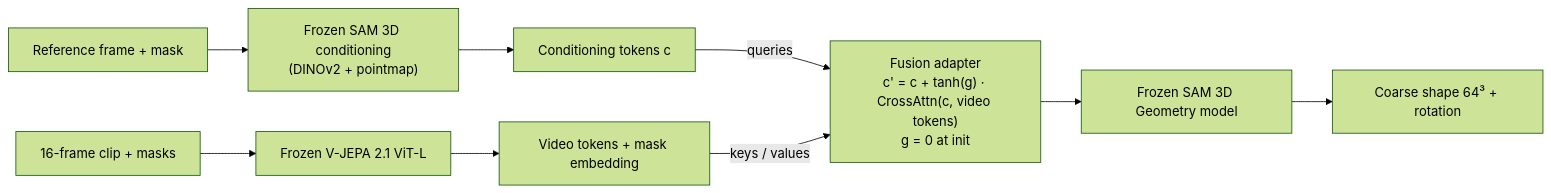
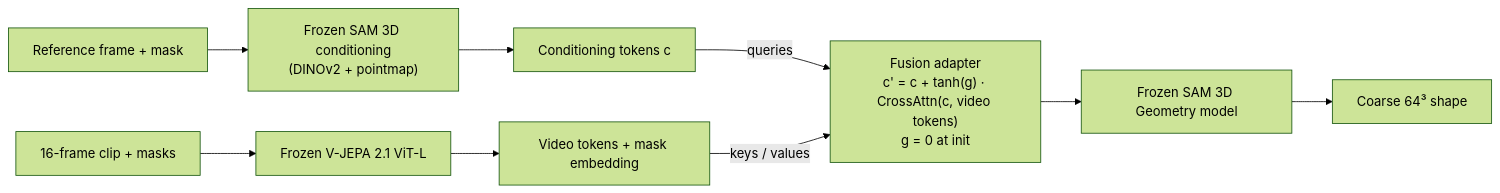
One commit to HP2706/ATDL-Group-Work changed the diagram in Assignment 3 - Group/fusion-adapter-code/docs/research_plan.md. Above: the diagram before and after it, drawn with Mermaid (forest theme). The commit also changed other lines of this file and 7 other files, not shown here.

````diff
--- a/Assignment 3 - Group/fusion-adapter-code/docs/research_plan.md
+++ b/Assignment 3 - Group/fusion-adapter-code/docs/research_plan.md
@@ -64,11 +30,11 @@
 ```mermaid
 flowchart LR
   RF["Reference frame + mask"] --> S3E["Frozen SAM 3D conditioning<br/>(DINOv2 + pointmap)"]
   S3E --> C["Conditioning tokens c"]
   CLIP["16-frame clip + masks"] --> VJ["Frozen V-JEPA 2.1 ViT-L"]
   VJ --> VT["Video tokens + mask embedding"]
   C -->|queries| AD["Fusion adapter<br/>c' = c + tanh(g) · CrossAttn(c, video tokens)<br/>g = 0 at init"]
   VT -->|keys / values| AD
   AD --> GM["Frozen SAM 3D Geometry model"]
-  GM --> OUT["Coarse shape 64³ + rotation"]
+  GM --> OUT["Coarse 64³ shape"]
 ```
````
